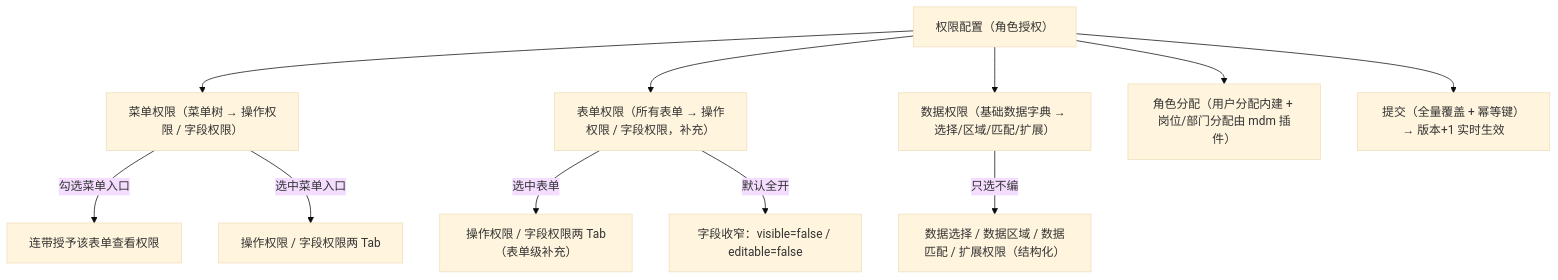
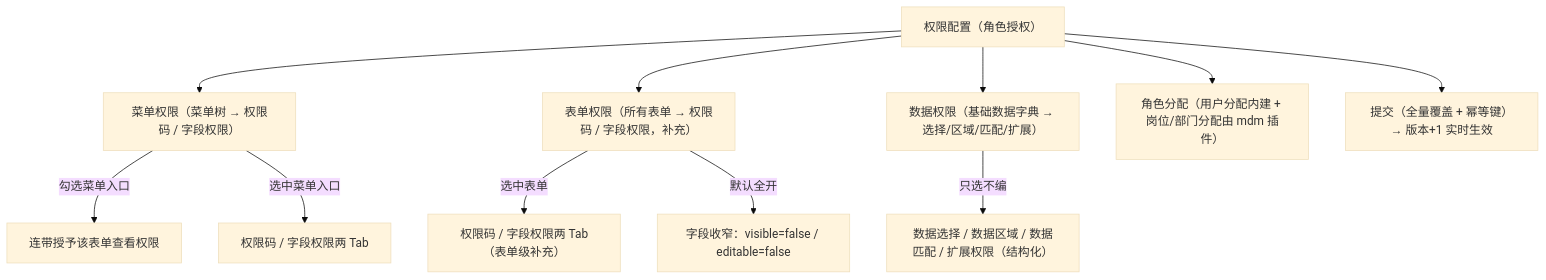
One commit to minjian123/basic-management-system changed the diagram in bms文档/设计/组件设计/08_交互类/07_组件设计_权限配置/07_组件设计_权限配置.md. Above: the diagram before and after it, drawn with Mermaid (base theme). The commit also changed other lines of this file and 96 other files, not shown here.

````diff
--- a/bms文档/设计/组件设计/08_交互类/07_组件设计_权限配置/07_组件设计_权限配置.md
+++ b/bms文档/设计/组件设计/08_交互类/07_组件设计_权限配置/07_组件设计_权限配置.md
@@ -36,13 +36,13 @@
 ```mermaid
 flowchart TD
-    PC["权限配置（角色授权）"] --> T1["菜单权限（菜单树 → 操作权限 / 字段权限）"]
-    PC --> T2["表单权限（所有表单 → 操作权限 / 字段权限，补充）"]
+    PC["权限配置（角色授权）"] --> T1["菜单权限（菜单树 → 权限码 / 字段权限）"]
+    PC --> T2["表单权限（所有表单 → 权限码 / 字段权限，补充）"]
     PC --> T3["数据权限（基础数据字典 → 选择/区域/匹配/扩展）"]
     PC --> T4["角色分配（用户分配内建 + 岗位/部门分配由 mdm 插件）"]
     T1 -->|勾选菜单入口| V["连带授予该表单查看权限"]
-    T1 -->|选中菜单入口| MENU1["操作权限 / 字段权限两 Tab"]
-    T2 -->|选中表单| FORM1["操作权限 / 字段权限两 Tab（表单级补充）"]
+    T1 -->|选中菜单入口| MENU1["权限码 / 字段权限两 Tab"]
+    T2 -->|选中表单| FORM1["权限码 / 字段权限两 Tab（表单级补充）"]
     T2 -->|默认全开| C["字段收窄：visible=false / editable=false"]
     T3 -->|只选不编| DS["数据选择 / 数据区域 / 数据匹配 / 扩展权限（结构化）"]
     PC --> SV["提交（全量覆盖 + 幂等键）→ 版本+1 实时生效"]
 ```
````
